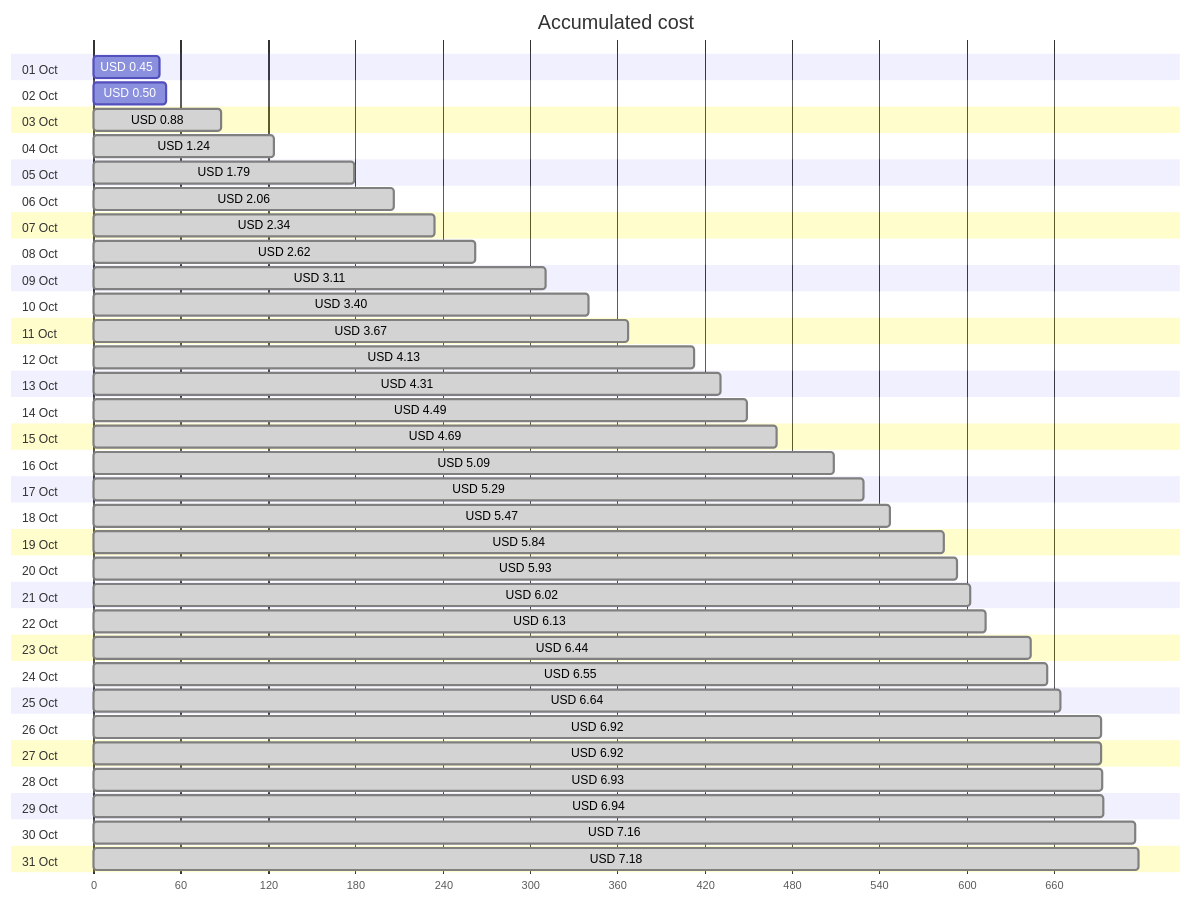
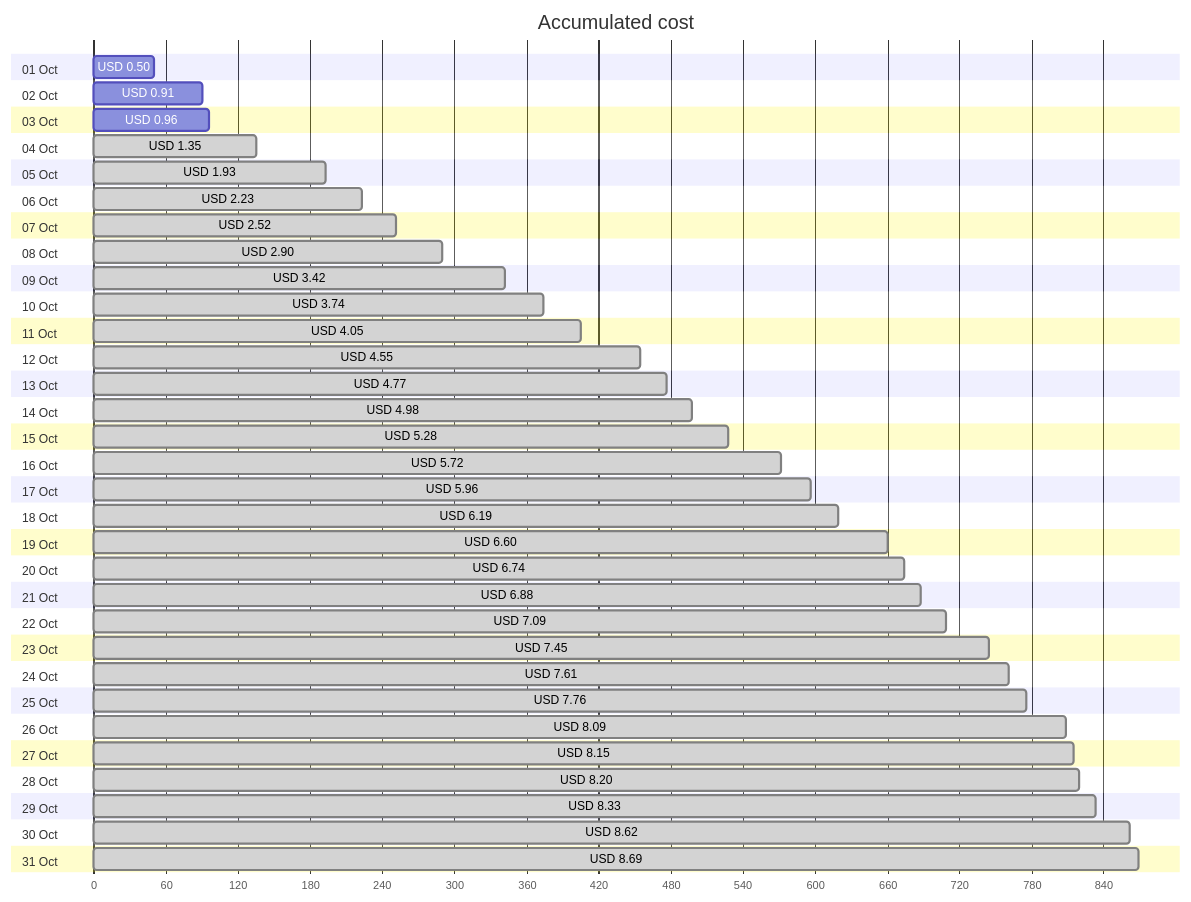
Before and after one commit to jpfulton/azure-personal-reports: the first of 4 diagrams in cost-reports/personal-network/vpn-server.md, drawn with Mermaid. The commit also changed other lines of this file and 8 other files, not shown here.

````diff
--- a/cost-reports/personal-network/vpn-server.md
+++ b/cost-reports/personal-network/vpn-server.md
@@ -20,68 +20,68 @@
 ```mermaid
 gantt
    title Accumulated cost
    dateFormat  X
    axisFormat %s
    section 01 Oct
-   USD 0.45 :0, 45
+   USD 0.50 :0, 50
    section 02 Oct
-   USD 0.50 :0, 50
+   USD 0.91 :0, 91
    section 03 Oct
-   USD 0.88 : done, 0, 88
+   USD 0.96 :0, 96
    section 04 Oct
-   USD 1.24 : done, 0, 124
+   USD 1.35 : done, 0, 135
    section 05 Oct
-   USD 1.79 : done, 0, 179
+   USD 1.93 : done, 0, 193
    section 06 Oct
-   USD 2.06 : done, 0, 206
+   USD 2.23 : done, 0, 223
    section 07 Oct
-   USD 2.34 : done, 0, 234
+   USD 2.52 : done, 0, 252
    section 08 Oct
-   USD 2.62 : done, 0, 262
+   USD 2.90 : done, 0, 290
    section 09 Oct
-   USD 3.11 : done, 0, 311
+   USD 3.42 : done, 0, 342
    section 10 Oct
-   USD 3.40 : done, 0, 340
+   USD 3.74 : done, 0, 374
    section 11 Oct
-   USD 3.67 : done, 0, 367
+   USD 4.05 : done, 0, 405
    section 12 Oct
-   USD 4.13 : done, 0, 413
+   USD 4.55 : done, 0, 455
    section 13 Oct
-   USD 4.31 : done, 0, 431
+   USD 4.77 : done, 0, 477
    section 14 Oct
-   USD 4.49 : done, 0, 449
+   USD 4.98 : done, 0, 498
    section 15 Oct
-   USD 4.69 : done, 0, 469
+   USD 5.28 : done, 0, 528
    section 16 Oct
-   USD 5.09 : done, 0, 509
+   USD 5.72 : done, 0, 572
    section 17 Oct
-   USD 5.29 : done, 0, 529
+   USD 5.96 : done, 0, 596
    section 18 Oct
-   USD 5.47 : done, 0, 547
+   USD 6.19 : done, 0, 619
    section 19 Oct
-   USD 5.84 : done, 0, 584
+   USD 6.60 : done, 0, 660
    section 20 Oct
-   USD 5.93 : done, 0, 593
+   USD 6.74 : done, 0, 674
    section 21 Oct
-   USD 6.02 : done, 0, 602
+   USD 6.88 : done, 0, 688
    section 22 Oct
-   USD 6.13 : done, 0, 613
+   USD 7.09 : done, 0, 709
    section 23 Oct
-   USD 6.44 : done, 0, 644
+   USD 7.45 : done, 0, 745
    section 24 Oct
-   USD 6.55 : done, 0, 655
+   USD 7.61 : done, 0, 761
    section 25 Oct
-   USD 6.64 : done, 0, 664
+   USD 7.76 : done, 0, 776
    section 26 Oct
-   USD 6.92 : done, 0, 692
+   USD 8.09 : done, 0, 809
    section 27 Oct
-   USD 6.92 : done, 0, 692
+   USD 8.15 : done, 0, 815
    section 28 Oct
-   USD 6.93 : done, 0, 693
+   USD 8.20 : done, 0, 820
    section 29 Oct
-   USD 6.94 : done, 0, 694
+   USD 8.33 : done, 0, 833
    section 30 Oct
-   USD 7.16 : done, 0, 716
+   USD 8.62 : done, 0, 862
    section 31 Oct
-   USD 7.18 : done, 0, 718
+   USD 8.69 : done, 0, 869
 ```
````
